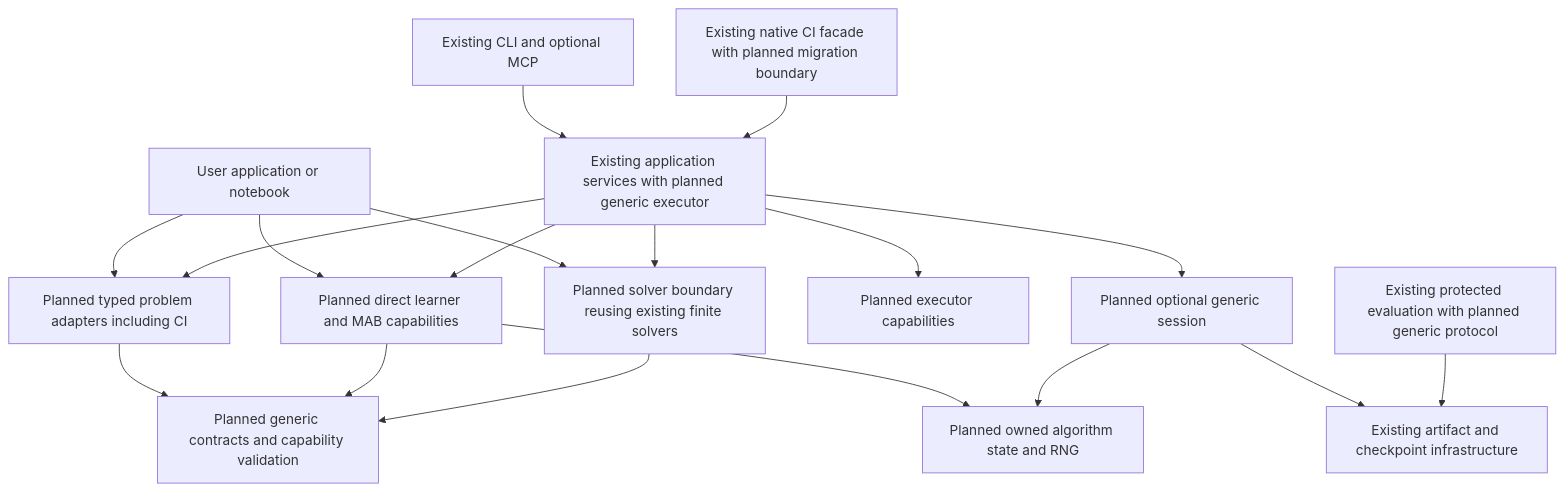
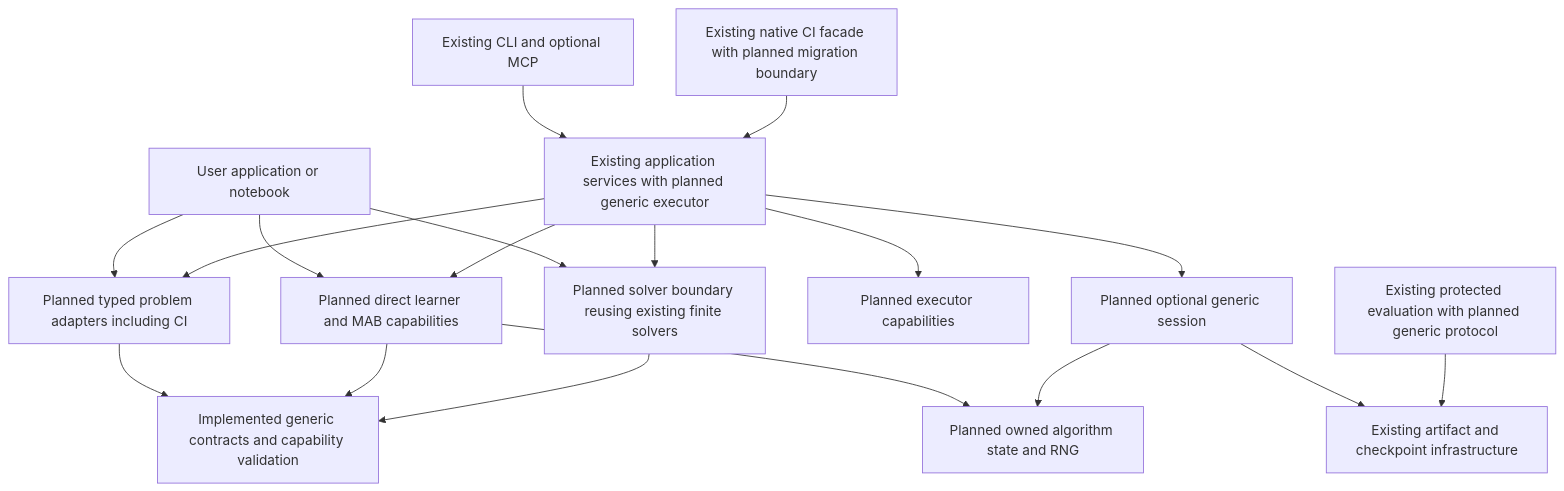
The first of 5 diagrams in docs/v5-architecture.md (jacksonpradolima/coleman), drawn with Mermaid before and after one commit. The commit also changed other lines of this file and 47 other files, not shown here.

Commit message:
feat: add versioned generic decision and feedback contracts

````diff
--- a/docs/v5-architecture.md
+++ b/docs/v5-architecture.md
@@ -73,20 +77,20 @@
 ```mermaid
 flowchart TD
     Host[User application or notebook] --> DirectLearner[Planned direct learner and MAB capabilities]
     Host --> DirectSolver[Planned solver boundary reusing existing finite solvers]
     Host --> Problem[Planned typed problem adapters including CI]
-    Problem --> Contracts[Planned generic contracts and capability validation]
+    Problem --> Contracts[Implemented generic contracts and capability validation]
     DirectLearner --> Contracts
     DirectSolver --> Contracts
     DirectLearner --> State[Planned owned algorithm state and RNG]
     Service[Existing application services with planned generic executor] --> Problem
     Service --> DirectLearner
     Service --> DirectSolver
     Service --> Execution[Planned executor capabilities]
     Service --> Session[Planned optional generic session]
     Session --> State
     Session --> Storage[Existing artifact and checkpoint infrastructure]
     Evidence[Existing protected evaluation with planned generic protocol] --> Storage
     Transport[Existing CLI and optional MCP] --> Service
     Legacy[Existing native CI facade with planned migration boundary] --> Service
 ```
````
